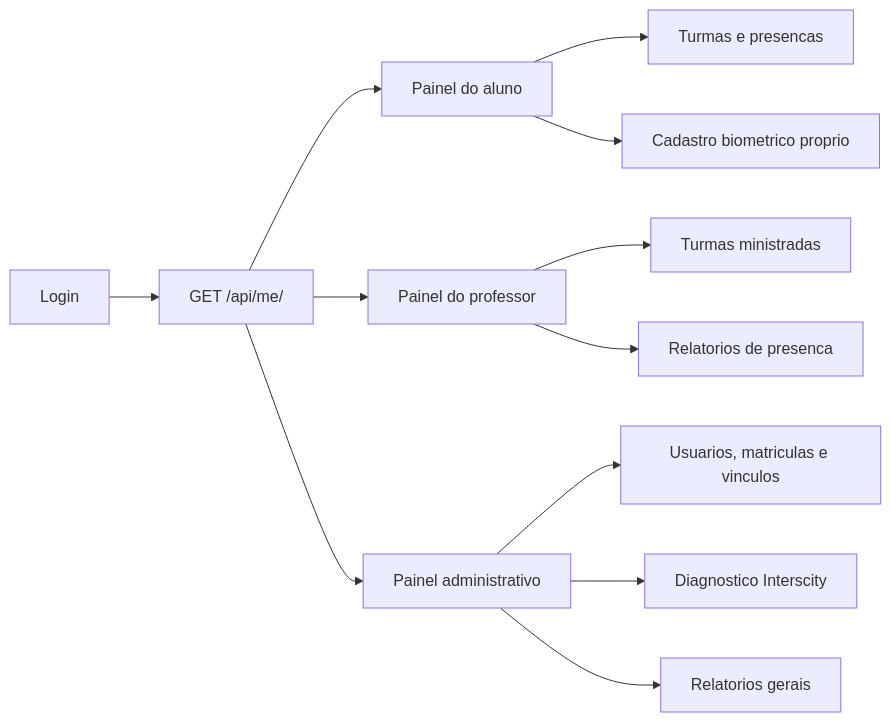
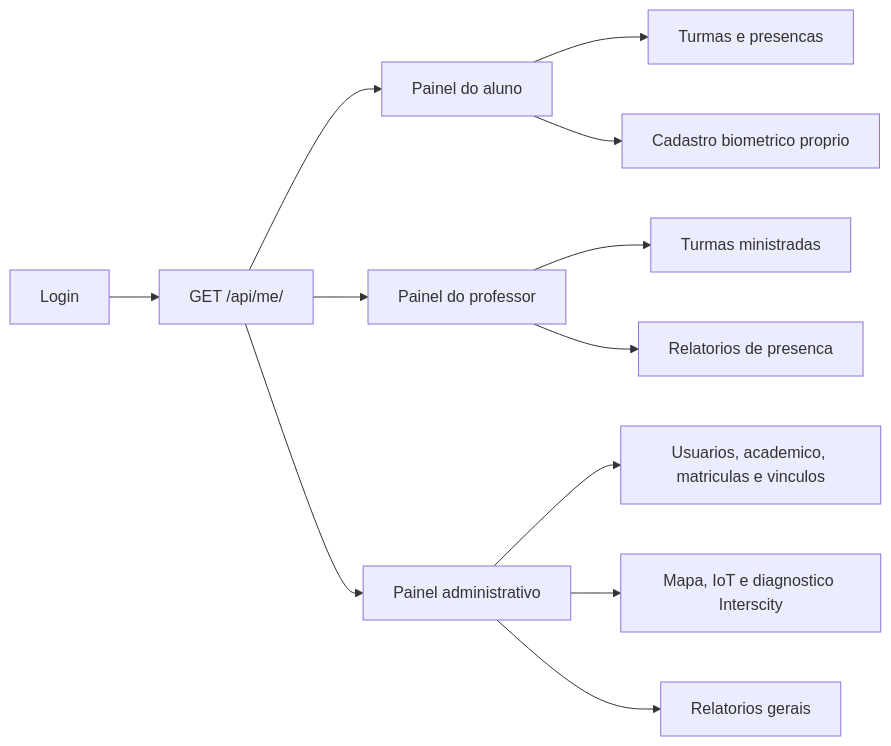
One commit to DanielKGM/autoponto changed the third of 6 diagrams in autoponto-frontend/docs/diagramas-tcc.md. Above: the diagram before and after it, drawn with Mermaid. The commit also changed other lines of this file and 16 other files, not shown here.

````diff
--- a/autoponto-frontend/docs/diagramas-tcc.md
+++ b/autoponto-frontend/docs/diagramas-tcc.md
@@ -43,17 +43,17 @@
 ```mermaid
 flowchart LR
     Login["Login"] --> Me["GET /api/me/"]
     Me --> Aluno["Painel do aluno"]
     Me --> Professor["Painel do professor"]
     Me --> Admin["Painel administrativo"]
 
     Aluno --> TurmasAluno["Turmas e presencas"]
     Aluno --> Biometria["Cadastro biometrico proprio"]
 
     Professor --> TurmasProfessor["Turmas ministradas"]
     Professor --> Relatorios["Relatorios de presenca"]
 
-    Admin --> Cadastros["Usuarios, matriculas e vinculos"]
-    Admin --> Diagnostico["Diagnostico Interscity"]
+    Admin --> Cadastros["Usuarios, academico, matriculas e vinculos"]
+    Admin --> Diagnostico["Mapa, IoT e diagnostico Interscity"]
     Admin --> RelatoriosAdmin["Relatorios gerais"]
 ```
````
